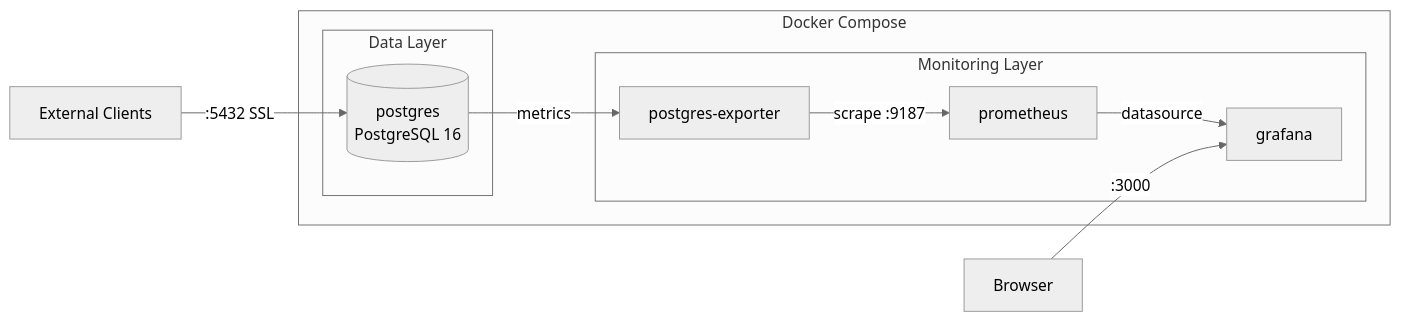
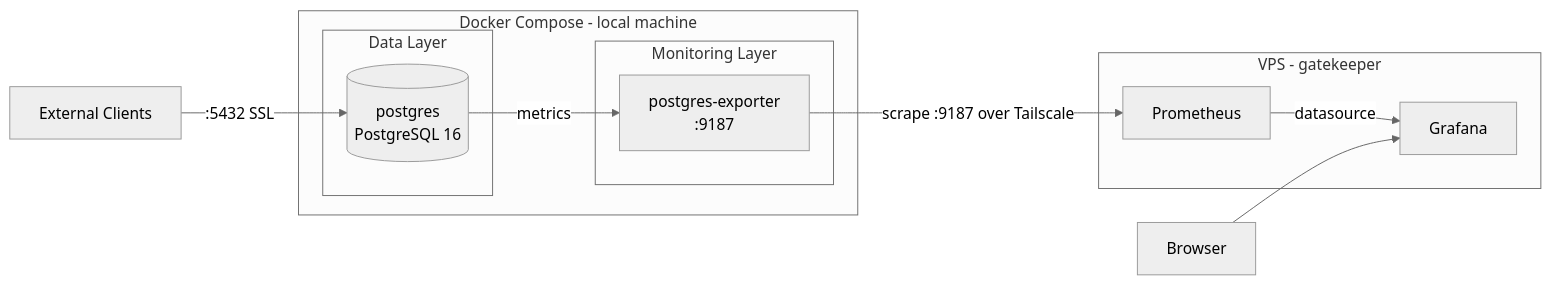
Before and after one commit to gperdrizet/postgreSQL-server: the second of 7 diagrams in docs/architecture.md, drawn with Mermaid (neutral theme). The commit also changed other lines of this file and 12 other files, not shown here.

````diff
--- a/docs/architecture.md
+++ b/docs/architecture.md
@@ -44,21 +46,24 @@
 ```mermaid
 flowchart LR
-    subgraph compose[Docker Compose]
+    subgraph compose["Docker Compose - local machine"]
         subgraph data[Data Layer]
             PG[(postgres<br/>PostgreSQL 16)]
         end
         
         subgraph monitoring[Monitoring Layer]
-            EXP[postgres-exporter]
-            PROM[prometheus]
-            GRAF[grafana]
+            EXP[postgres-exporter<br/>:9187]
         end
     end
     
+    subgraph vps["VPS - gatekeeper"]
+        PROM[Prometheus]
+        GRAF[Grafana]
+    end
+
     PG -->|"metrics"| EXP
-    EXP -->|"scrape :9187"| PROM
+    EXP -->|"scrape :9187 over Tailscale"| PROM
     PROM -->|"datasource"| GRAF
     
     EXT_DB[External Clients] -->|":5432 SSL"| PG
-    EXT_GRAF[Browser] -->|":3000"| GRAF
+    EXT_GRAF[Browser] --> GRAF
 ```
````
